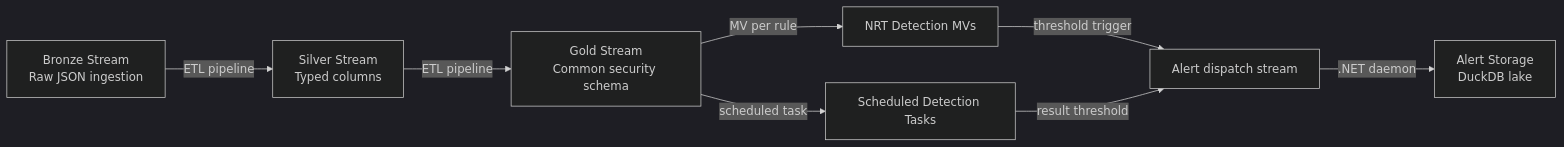
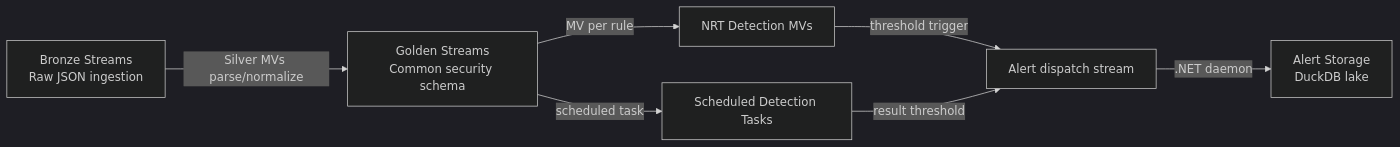
One commit to DeltaZulu-OU/DeltaZulu.Platform changed the third of 6 diagrams in docs/ARCHITECTURE.md. Above: the diagram before and after it, drawn with Mermaid (dark theme). The commit also changed other lines of this file and 4 other files, not shown here.

````diff
--- a/docs/ARCHITECTURE.md
+++ b/docs/ARCHITECTURE.md
@@ -459,10 +457,9 @@
 ```mermaid
 flowchart LR
-    B["Bronze Stream<br/>Raw JSON ingestion"] -->|ETL pipeline| S["Silver Stream<br/>Typed columns"]
-    S -->|ETL pipeline| G["Gold Stream<br/>Common security schema"]
+    B["Bronze Streams<br/>Raw JSON ingestion"] -->|Silver MVs parse/normalize| G["Golden Streams<br/>Common security schema"]
     G -->|MV per rule| NRT["NRT Detection MVs"]
     G -->|scheduled task| SCH["Scheduled Detection Tasks"]
     NRT -->|threshold trigger| A["Alert dispatch stream"]
     SCH -->|result threshold| A
     A -->|.NET daemon| DB["Alert Storage<br/>DuckDB lake"]
 ```
````
